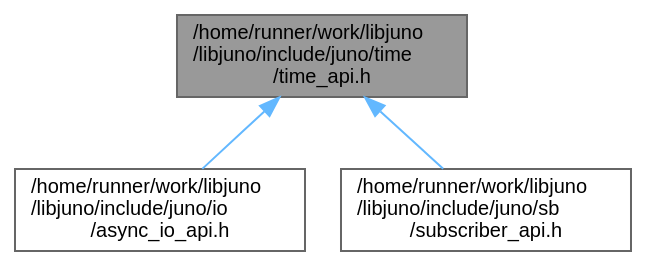
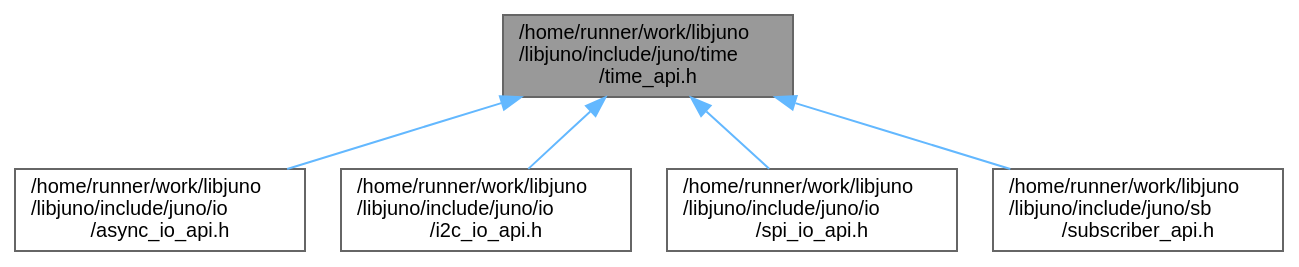
Before and after one commit to robinonsay/libjuno: the diagram in time__api_8h__dep__incl.dot, drawn with Graphviz. The commit also changed 227 other files, not shown here.

```diff
--- a/time__api_8h__dep__incl.dot
+++ b/time__api_8h__dep__incl.dot
@@ -1,12 +1,16 @@
 digraph "/home/runner/work/libjuno/libjuno/include/juno/time/time_api.h"
 {
  // LATEX_PDF_SIZE
   bgcolor="transparent";
   edge [fontname=Helvetica,fontsize=10,labelfontname=Helvetica,labelfontsize=10];
   node [fontname=Helvetica,fontsize=10,shape=box,height=0.2,width=0.4];
   Node1 [id="Node000001",label="/home/runner/work/libjuno\l/libjuno/include/juno/time\l/time_api.h",height=0.2,width=0.4,color="gray40", fillcolor="grey60", style="filled", fontcolor="black",tooltip=" "];
   Node1 -> Node2 [id="edge1_Node000001_Node000002",dir="back",color="steelblue1",style="solid",tooltip=" "];
   Node2 [id="Node000002",label="/home/runner/work/libjuno\l/libjuno/include/juno/io\l/async_io_api.h",height=0.2,width=0.4,color="grey40", fillcolor="white", style="filled",URL="$async__io__api_8h.html",tooltip=" "];
   Node1 -> Node3 [id="edge2_Node000001_Node000003",dir="back",color="steelblue1",style="solid",tooltip=" "];
-  Node3 [id="Node000003",label="/home/runner/work/libjuno\l/libjuno/include/juno/sb\l/subscriber_api.h",height=0.2,width=0.4,color="grey40", fillcolor="white", style="filled",URL="$subscriber__api_8h.html",tooltip=" "];
+  Node3 [id="Node000003",label="/home/runner/work/libjuno\l/libjuno/include/juno/io\l/i2c_io_api.h",height=0.2,width=0.4,color="grey40", fillcolor="white", style="filled",URL="$i2c__io__api_8h.html",tooltip=" "];
+  Node1 -> Node4 [id="edge3_Node000001_Node000004",dir="back",color="steelblue1",style="solid",tooltip=" "];
+  Node4 [id="Node000004",label="/home/runner/work/libjuno\l/libjuno/include/juno/io\l/spi_io_api.h",height=0.2,width=0.4,color="grey40", fillcolor="white", style="filled",URL="$spi__io__api_8h.html",tooltip=" "];
+  Node1 -> Node5 [id="edge4_Node000001_Node000005",dir="back",color="steelblue1",style="solid",tooltip=" "];
+  Node5 [id="Node000005",label="/home/runner/work/libjuno\l/libjuno/include/juno/sb\l/subscriber_api.h",height=0.2,width=0.4,color="grey40", fillcolor="white", style="filled",URL="$subscriber__api_8h.html",tooltip=" "];
 }
```
